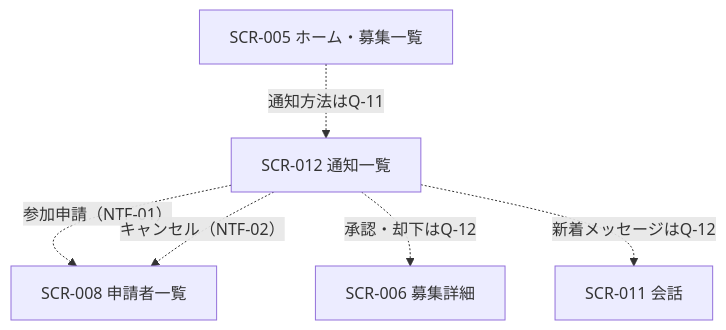
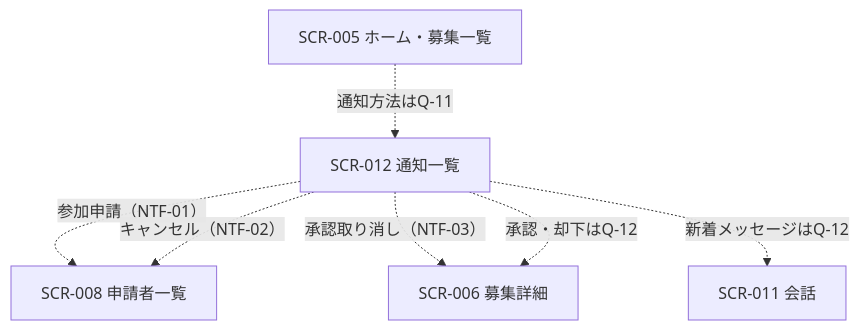
The fourth of 8 diagrams in docs/10_画面一覧.md (sysnovastudio-byte/nagoya-volleyball-matching), drawn with Mermaid before and after one commit. The commit also changed other lines of this file and 6 other files, not shown here.

````diff
--- a/docs/10_画面一覧.md
+++ b/docs/10_画面一覧.md
@@ -322,8 +323,9 @@
 ```mermaid
 flowchart TD
     D1["SCR-005 ホーム・募集一覧"] -.->|"通知方法はQ-11"| D2["SCR-012 通知一覧"]
     D2 -.->|"参加申請（NTF-01）"| D3["SCR-008 申請者一覧"]
     D2 -.->|"キャンセル（NTF-02）"| D3
-    D2 -.->|"承認・却下はQ-12"| D4["SCR-006 募集詳細"]
+    D2 -.->|"承認取り消し（NTF-03）"| D4["SCR-006 募集詳細"]
+    D2 -.->|"承認・却下はQ-12"| D4
     D2 -.->|"新着メッセージはQ-12"| D5["SCR-011 会話"]
 ```
````
